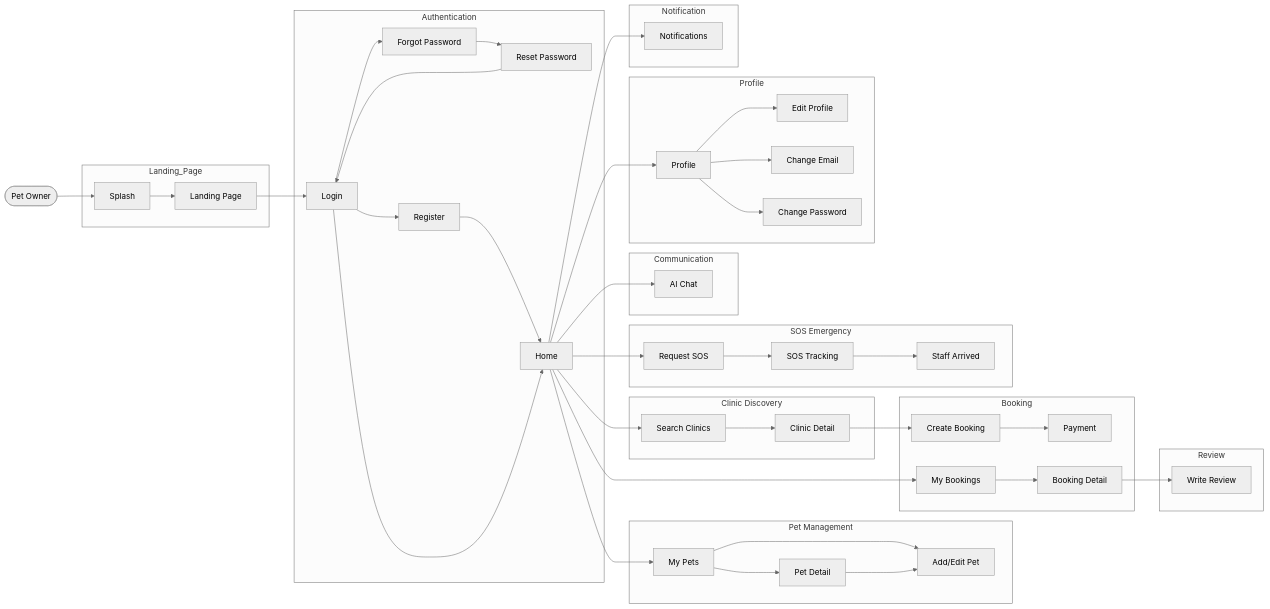
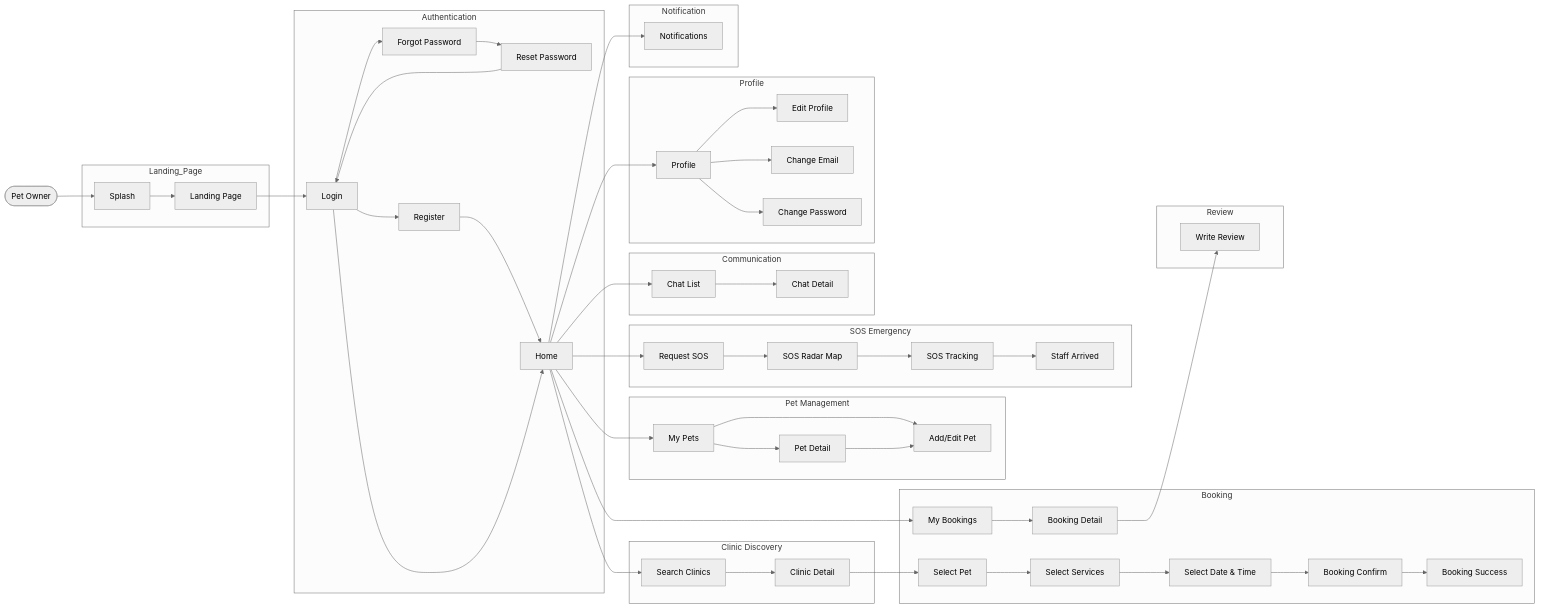
Before and after one commit to espresso23/Petties-Veterinary-Appointment-Booking-Platform: the third of 10 diagrams in docs-references/documentation/SRS/PETTIES_SRS.md, drawn with Mermaid (neutral theme). The commit also changed other lines of this file and 20 other files, not shown here.

````diff
--- a/docs-references/documentation/SRS/PETTIES_SRS.md
+++ b/docs-references/documentation/SRS/PETTIES_SRS.md
@@ -622,61 +636,66 @@
 ```mermaid
 flowchart LR
     PO([Pet Owner]) --> Splash
 
     subgraph Landing_Page
         Splash --> LandingPage[Landing Page]
     end
 
     subgraph Authentication
         LandingPage --> Login
         Login --> Register
         Login --> ForgotPassword[Forgot Password]
         ForgotPassword --> ResetPassword[Reset Password]
         ResetPassword --> Login
         Register --> Home
         Login --> Home
     end
 
     subgraph Pet_Management[Pet Management]
         Home --> MyPets[My Pets]
         MyPets --> PetDetail[Pet Detail]
         MyPets --> AddEditPet[Add/Edit Pet]
         PetDetail --> AddEditPet
     end
 
     subgraph Clinic_Discovery[Clinic Discovery]
         Home --> SearchClinics[Search Clinics]
         SearchClinics --> ClinicDetail[Clinic Detail]
     end
 
     subgraph Booking
-        ClinicDetail --> CreateBooking[Create Booking]
-        CreateBooking --> Payment
+        ClinicDetail --> SelectPet[Select Pet]
+        SelectPet --> SelectServices[Select Services]
+        SelectServices --> SelectDateTime[Select Date & Time]
+        SelectDateTime --> BookingConfirm[Booking Confirm]
+        BookingConfirm --> BookingSuccess[Booking Success]
         Home --> MyBookings[My Bookings]
         MyBookings --> BookingDetail[Booking Detail]
     end
 
     subgraph SOS_Emergency[SOS Emergency]
         Home --> SOSRequest[Request SOS]
-        SOSRequest --> SOSTracking[SOS Tracking]
+        SOSRequest --> SOSRadar[SOS Radar Map]
+        SOSRadar --> SOSTracking[SOS Tracking]
         SOSTracking --> SOSArrived[Staff Arrived]
     end
     subgraph Review
         BookingDetail --> WriteReview[Write Review]
     end
 
     subgraph Communication
-        Home --> AIChat[AI Chat]
+        Home --> ChatList[Chat List]
+        ChatList --> ChatDetail[Chat Detail]
     end
 
     subgraph Profile
         Home --> ProfileScreen[Profile]
         ProfileScreen --> EditProfile[Edit Profile]
         ProfileScreen --> ChangeEmail[Change Email]
         ProfileScreen --> ChangePassword[Change Password]
     end
 
     subgraph Notification
         Home --> Notifications
     end
 ```
````
